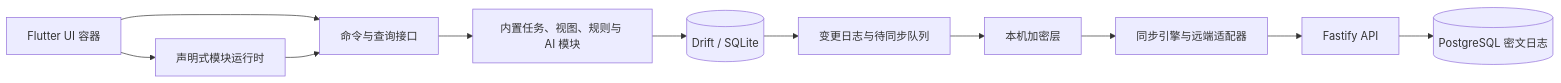
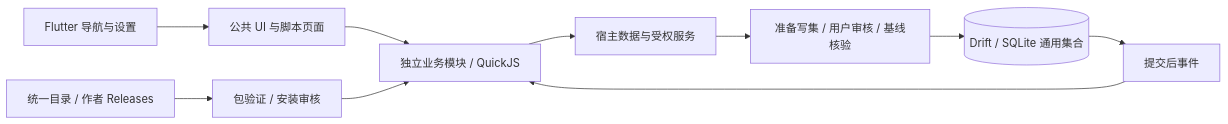
The diagram in docs/DESIGN.md (JayConstruct/xudian), drawn with Mermaid before and after one commit. The commit also changed other lines of this file and 376 other files, not shown here.

````diff
--- a/docs/DESIGN.md
+++ b/docs/DESIGN.md
@@ -44,13 +7,12 @@
 ```mermaid
 flowchart LR
-  UI[Flutter UI 容器] --> CMD[命令与查询接口]
-  CMD --> MOD[内置任务、视图、规则与 AI 模块]
-  MOD --> DB[(Drift / SQLite)]
-  DB --> OUT[变更日志与待同步队列]
-  OUT --> CRYPTO[本机加密层]
-  CRYPTO --> ADAPTER[同步引擎与远端适配器]
-  ADAPTER --> API[Fastify API]
-  API --> PG[(PostgreSQL 密文日志)]
-  UI --> MARKET[声明式模块运行时]
-  MARKET --> CMD
+  Shell[Flutter 导航与设置] --> UI[公共 UI 与脚本页面]
+  UI --> Modules[独立业务模块 / QuickJS]
+  Modules --> Services[宿主数据与受权服务]
+  Services --> Review[准备写集 / 用户审核 / 基线核验]
+  Review --> DB[(Drift / SQLite 通用集合)]
+  DB --> Events[提交后事件]
+  Events --> Modules
+  Catalog[统一目录 / 作者 Releases] --> Install[包验证 / 安装审核]
+  Install --> Modules
 ```
````
